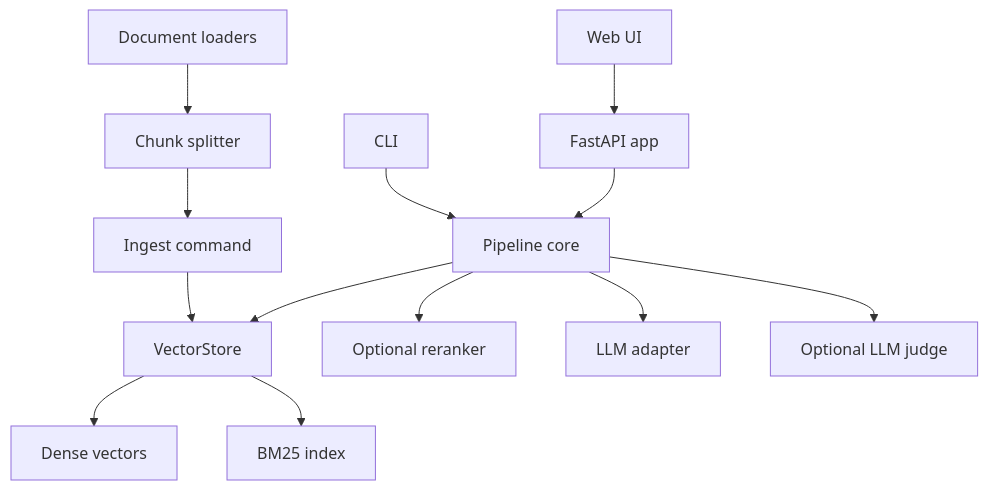
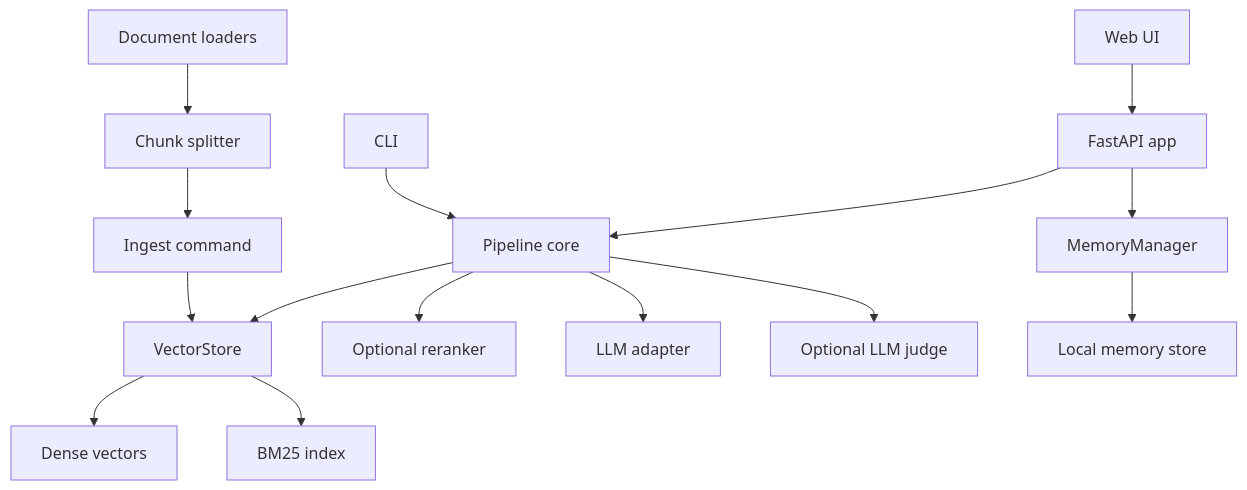
Before and after one commit to Piyushmittal2192/rag_frameworks: the first of 2 diagrams in documentation/system-design.md, drawn with Mermaid. The commit also changed other lines of this file and 17 other files, not shown here.

````diff
--- a/documentation/system-design.md
+++ b/documentation/system-design.md
@@ -7,15 +7,17 @@
 ```mermaid
 flowchart TD
     Browser["Web UI"] --> API["FastAPI app"]
     CLI["CLI"] --> Core["Pipeline core"]
     API --> Core
     Core --> Store["VectorStore"]
     Store --> Dense["Dense vectors"]
     Store --> Sparse["BM25 index"]
     Core --> Reranker["Optional reranker"]
+    API --> Memory["MemoryManager"]
+    Memory --> MemoryStore["Local memory store"]
     Core --> LLM["LLM adapter"]
     Core --> Judge["Optional LLM judge"]
     Loader["Document loaders"] --> Splitter["Chunk splitter"]
     Splitter --> Ingest["Ingest command"]
     Ingest --> Store
 ```
````
